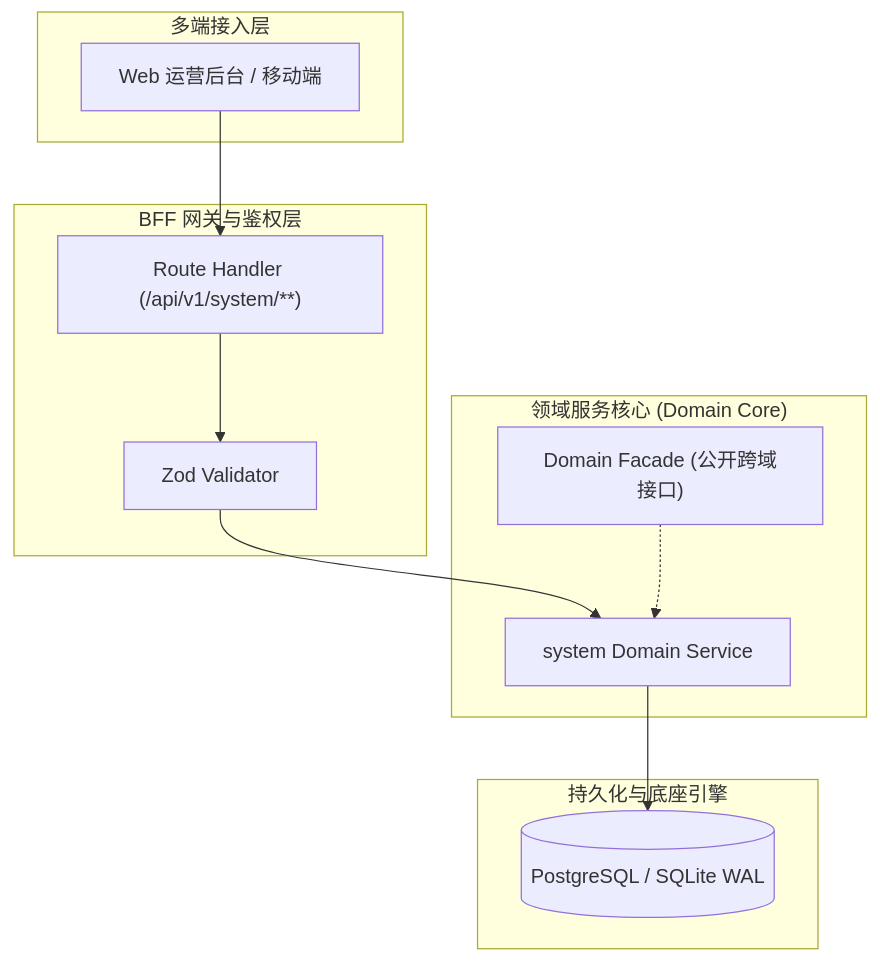
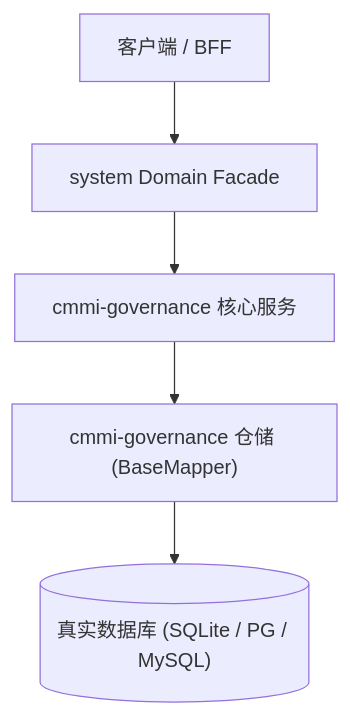
One commit to xaicd/ruoyi-all-next changed the diagram in docs/specs/system/cmmi-governance/design.md. Above: the diagram before and after it, drawn with Mermaid. The commit also changed other lines of this file and 29 other files, not shown here.

````diff
--- a/docs/specs/system/cmmi-governance/design.md
+++ b/docs/specs/system/cmmi-governance/design.md
@@ -7,19 +9,7 @@
 ```mermaid
 flowchart TD
-  subgraph Client["多端接入层"]
-    UI["Web 运营后台 / 移动端"]
-  end
-  subgraph BFF["BFF 网关与鉴权层"]
-    Route["Route Handler (/api/v1/system/**)"]
-    Validator["Zod Validator"]
-  end
-  subgraph Domain["领域服务核心 (Domain Core)"]
-    Service["system Domain Service"]
-    Facade["Domain Facade (公开跨域接口)"]
-  end
-  subgraph Storage["持久化与底座引擎"]
-    DB[("PostgreSQL / SQLite WAL")]
-  end
-  UI --> Route --> Validator --> Service --> DB
-  Facade -.-> Service
+  Client["客户端 / BFF"] --> Facade["system Domain Facade"]
+  Facade --> Service["cmmi-governance 核心服务"]
+  Service --> Repo["cmmi-governance 仓储 (BaseMapper)"]
+  Repo --> DB[("真实数据库 (SQLite / PG / MySQL)")]
 ```
````
